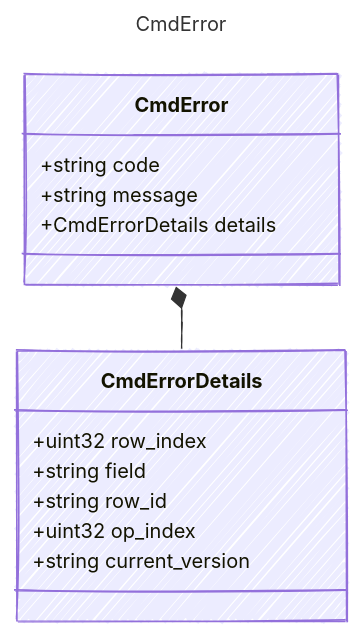
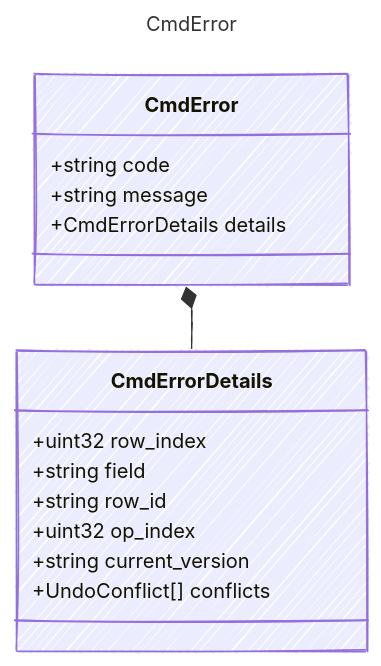
The diagram in contracts/generated/markdown/CmdError.md (sethjuarez/cutready), drawn with Mermaid before and after one commit. The commit also changed 91 other files, not shown here.

````diff
--- a/contracts/generated/markdown/CmdError.md
+++ b/contracts/generated/markdown/CmdError.md
@@ -14,24 +14,25 @@
 ```mermaid
 ---
 title: CmdError
 config:
   look: handDrawn
   theme: colorful
   class:
     hideEmptyMembersBox: true
 ---
 classDiagram
     class CmdError {
         +string code
         +string message
         +CmdErrorDetails details
     }
     class CmdErrorDetails {
         +uint32 row_index
         +string field
         +string row_id
         +uint32 op_index
         +string current_version
+        +UndoConflict[] conflicts
     }
     CmdError *-- CmdErrorDetails
 ```
````
